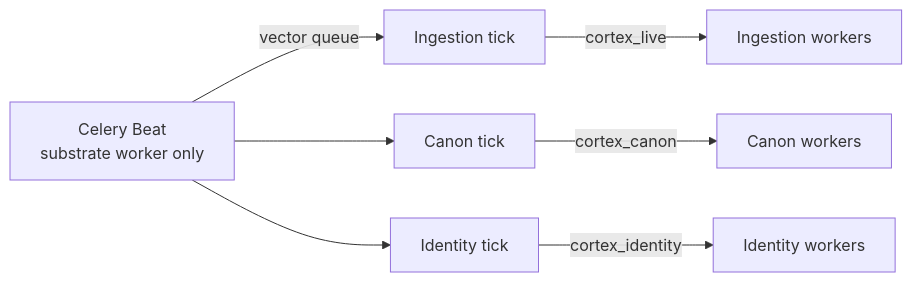
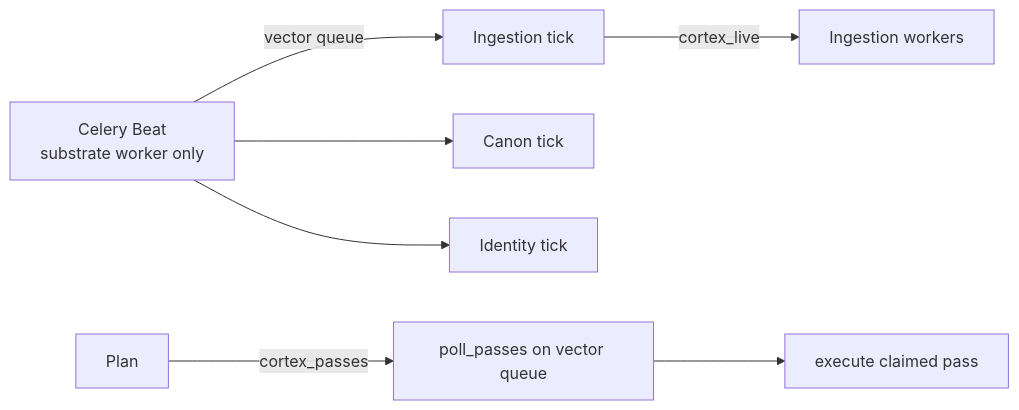
Before and after one commit to CozyTibo/vector: the diagram in DOCS/cortex/scheduler-beat-tick-v1.md, drawn with Mermaid. The commit also changed other lines of this file and 4 other files, not shown here.

First line of the commit message:
Cortex operational runtime phase 3: passes on vector queue only.

````diff
--- a/DOCS/cortex/scheduler-beat-tick-v1.md
+++ b/DOCS/cortex/scheduler-beat-tick-v1.md
@@ -7,9 +7,9 @@
 ```mermaid
 flowchart LR
   Beat[Celery Beat<br/>substrate worker only] -->|vector queue| IT[Ingestion tick]
   Beat --> CT[Canon tick]
   Beat --> IDT[Identity tick]
   IT -->|cortex_live| Ing[Ingestion workers]
-  CT -->|cortex_canon| Can[Canon workers]
-  IDT -->|cortex_identity| Id[Identity workers]
+  Plan -->|cortex_passes| Poll[poll_passes on vector queue]
+  Poll --> Exec[execute claimed pass]
 ```
````
